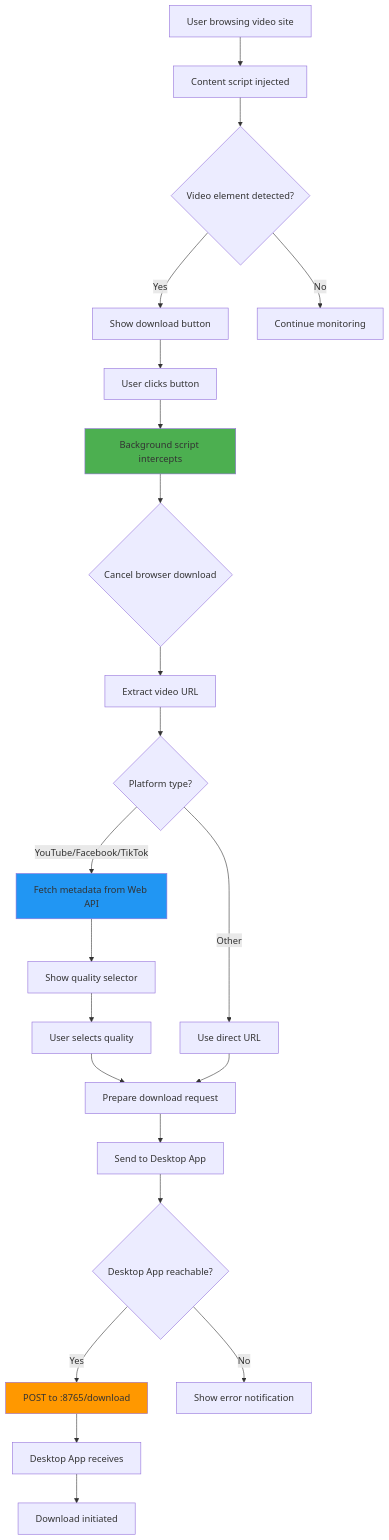
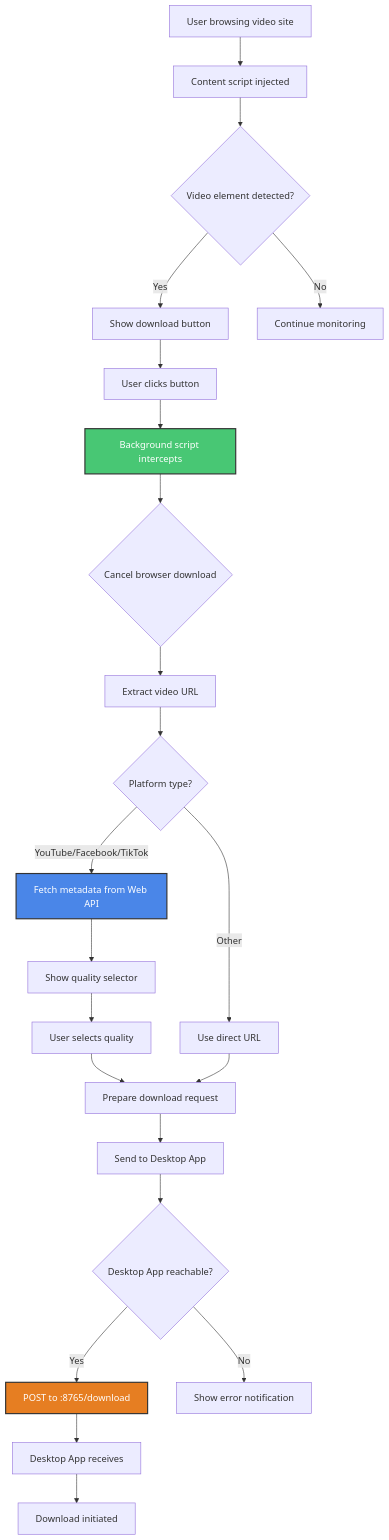
One commit to lwshakib/flux-video-downloader changed the tenth of 14 diagrams in README.md. Above: the diagram before and after it, drawn with Mermaid. The commit also changed other lines of this file, not shown here.

First line of the commit message:
style: update README diagrams with improved color schemes and stroke properties

````diff
--- a/README.md
+++ b/README.md
@@ -639,36 +639,36 @@
 ```mermaid
 flowchart TD
     A[User browsing video site] --> B[Content script injected]
     B --> C{Video element detected?}
 
     C -->|Yes| D[Show download button]
     C -->|No| E[Continue monitoring]
 
     D --> F[User clicks button]
     F --> G[Background script intercepts]
 
     G --> H{Cancel browser download}
     H --> I[Extract video URL]
 
     I --> J{Platform type?}
     J -->|YouTube/Facebook/TikTok| K[Fetch metadata from Web API]
     J -->|Other| L[Use direct URL]
 
     K --> M[Show quality selector]
     M --> N[User selects quality]
     N --> O[Prepare download request]
 
     L --> O
     O --> P[Send to Desktop App]
 
     P --> Q{Desktop App reachable?}
     Q -->|Yes| R[POST to :8765/download]
     Q -->|No| S[Show error notification]
 
     R --> T[Desktop App receives]
     T --> U[Download initiated]
 
-    style G fill:#4CAF50
-    style K fill:#2196F3
-    style R fill:#FF9800
+    style G fill:#48C774,stroke:#333,stroke-width:2px,color:#fff
+    style K fill:#4A86E8,stroke:#333,stroke-width:2px,color:#fff
+    style R fill:#E67E22,stroke:#333,stroke-width:2px,color:#fff
 ```
````
